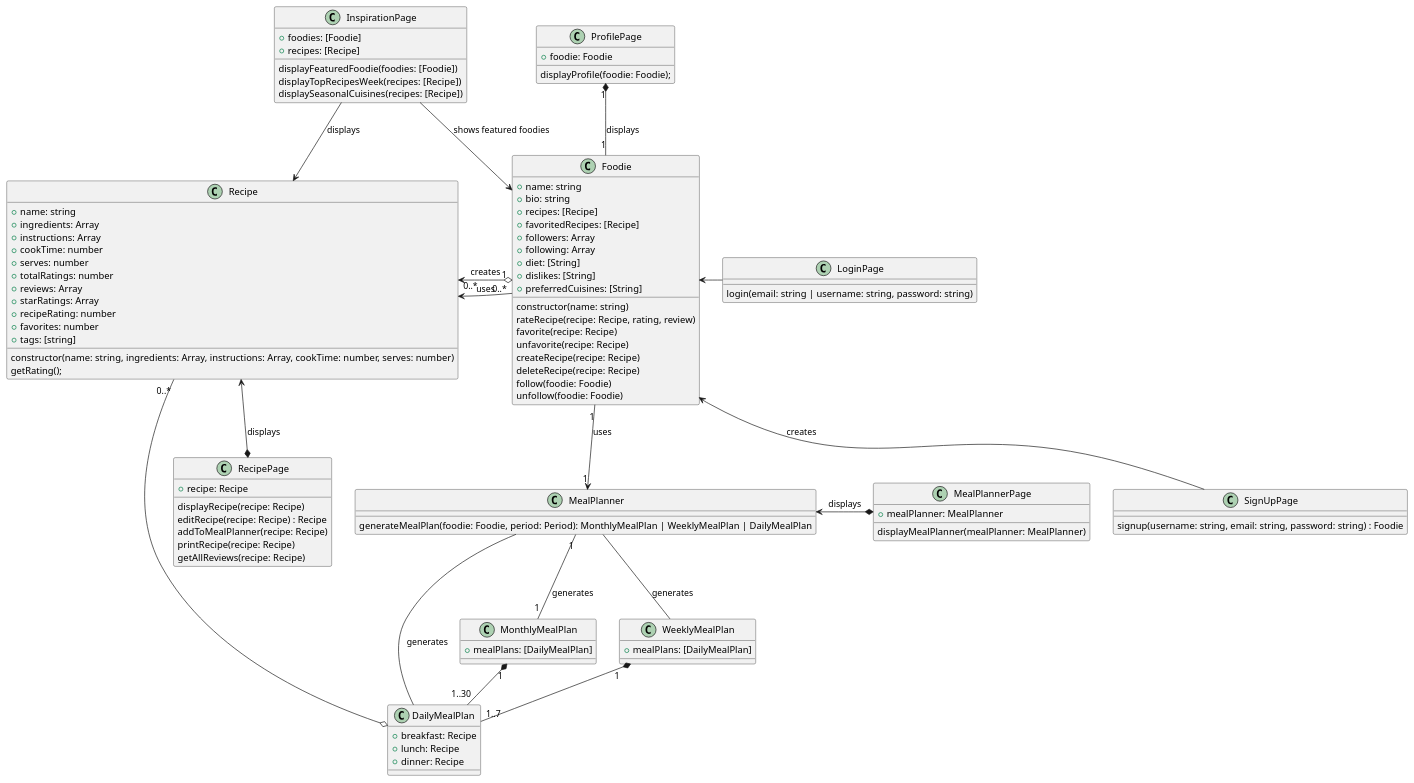
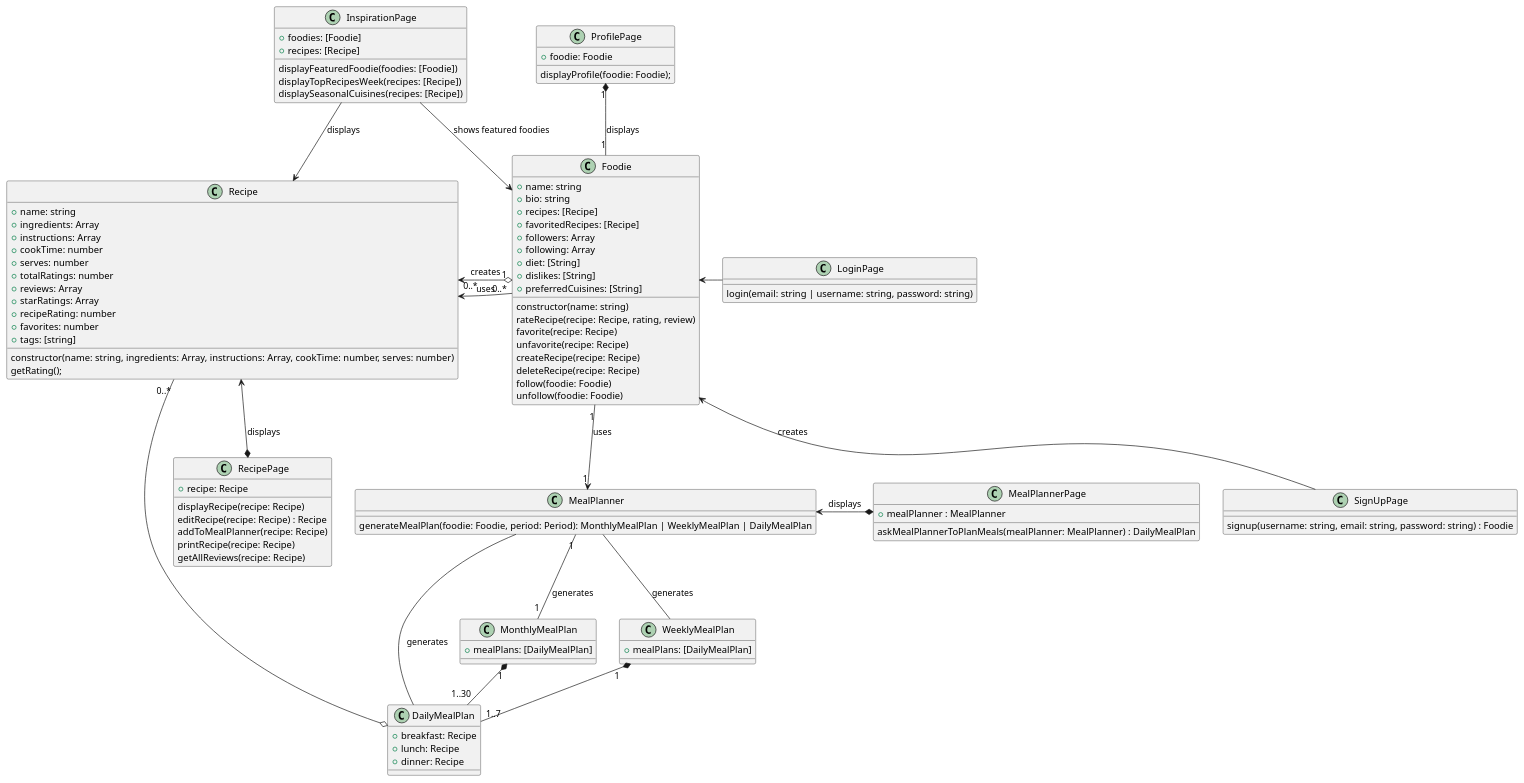
Before and after one commit to balibee/voodie: the diagram in architecture/class.puml, drawn with PlantUML.

Commit message:
Redo UML MealPlannerPage class

```diff
--- a/architecture/class.puml
+++ b/architecture/class.puml
@@ -1,118 +1,119 @@
 @startuml Voodie Class Diagram
 
 class Foodie {
 
     +name: string
     +bio: string
     +recipes: [Recipe]
     +favoritedRecipes: [Recipe]
     +followers: Array
     +following: Array
     +diet: [String]
     +dislikes: [String]
     +preferredCuisines: [String]
 
     constructor(name: string)
     rateRecipe(recipe: Recipe, rating, review)
     favorite(recipe: Recipe)
     unfavorite(recipe: Recipe)
     createRecipe(recipe: Recipe)
     deleteRecipe(recipe: Recipe)
     follow(foodie: Foodie)
     unfollow(foodie: Foodie)
 }
 
 class Recipe {
     +name: string
     +ingredients: Array
     +instructions: Array
     +cookTime: number
     +serves: number
     +totalRatings: number
     +reviews: Array
     +starRatings: Array
     +recipeRating: number
     +favorites: number
     +tags: [string]
 
     constructor(name: string, ingredients: Array, instructions: Array, cookTime: number, serves: number)
     getRating();
 }
 
 class RecipePage {
     +recipe: Recipe
 
     displayRecipe(recipe: Recipe)
     editRecipe(recipe: Recipe) : Recipe
     addToMealPlanner(recipe: Recipe)
     printRecipe(recipe: Recipe)
     getAllReviews(recipe: Recipe)
 }
 
 class MealPlannerPage {
-    +mealPlanner: MealPlanner
-    displayMealPlanner(mealPlanner: MealPlanner)
+
+    +mealPlanner : MealPlanner
+    askMealPlannerToPlanMeals(mealPlanner: MealPlanner) : DailyMealPlan
 }
 
 class MealPlanner {
     generateMealPlan(foodie: Foodie, period: Period): MonthlyMealPlan | WeeklyMealPlan | DailyMealPlan
 }
 
 class MonthlyMealPlan {
     +mealPlans: [DailyMealPlan]
 }
 
 class WeeklyMealPlan {
     +mealPlans: [DailyMealPlan]
 }
 
 class DailyMealPlan {
     +breakfast: Recipe
     +lunch: Recipe
     +dinner: Recipe
 }
 
 class InspirationPage {
     +foodies: [Foodie]
     +recipes: [Recipe]
 
     displayFeaturedFoodie(foodies: [Foodie])
     displayTopRecipesWeek(recipes: [Recipe])
     displaySeasonalCuisines(recipes: [Recipe])
 }
 
 class LoginPage {
     login(email: string | username: string, password: string)
 }
 
 class SignUpPage {
     signup(username: string, email: string, password: string) : Foodie
 }
 
 class ProfilePage {
     +foodie: Foodie
     displayProfile(foodie: Foodie);
 }
 
 ProfilePage "1" *-- "1" Foodie : displays
 
 Foodie <-right- LoginPage
 Foodie <-down- SignUpPage : creates
 Foodie "1" o-> "0..*" Recipe : creates
 Foodie "1" --> "1" MealPlanner : uses
 Foodie <- InspirationPage : shows featured foodies
 
 MealPlanner "1" -- "1" MonthlyMealPlan : generates
 MealPlanner -down- WeeklyMealPlan : generates
 MealPlanner - DailyMealPlan : generates
 MealPlanner <-right-* MealPlannerPage : displays
 
 MonthlyMealPlan "1" *-down- "1..30" DailyMealPlan
 WeeklyMealPlan "1" *-- "1..7" DailyMealPlan
 
 Recipe <-right- "0..*" Foodie : uses
 Recipe "0..*" -o DailyMealPlan
 Recipe <-down-* RecipePage : displays
 Recipe <-up- InspirationPage: displays
 
 @enduml
```
